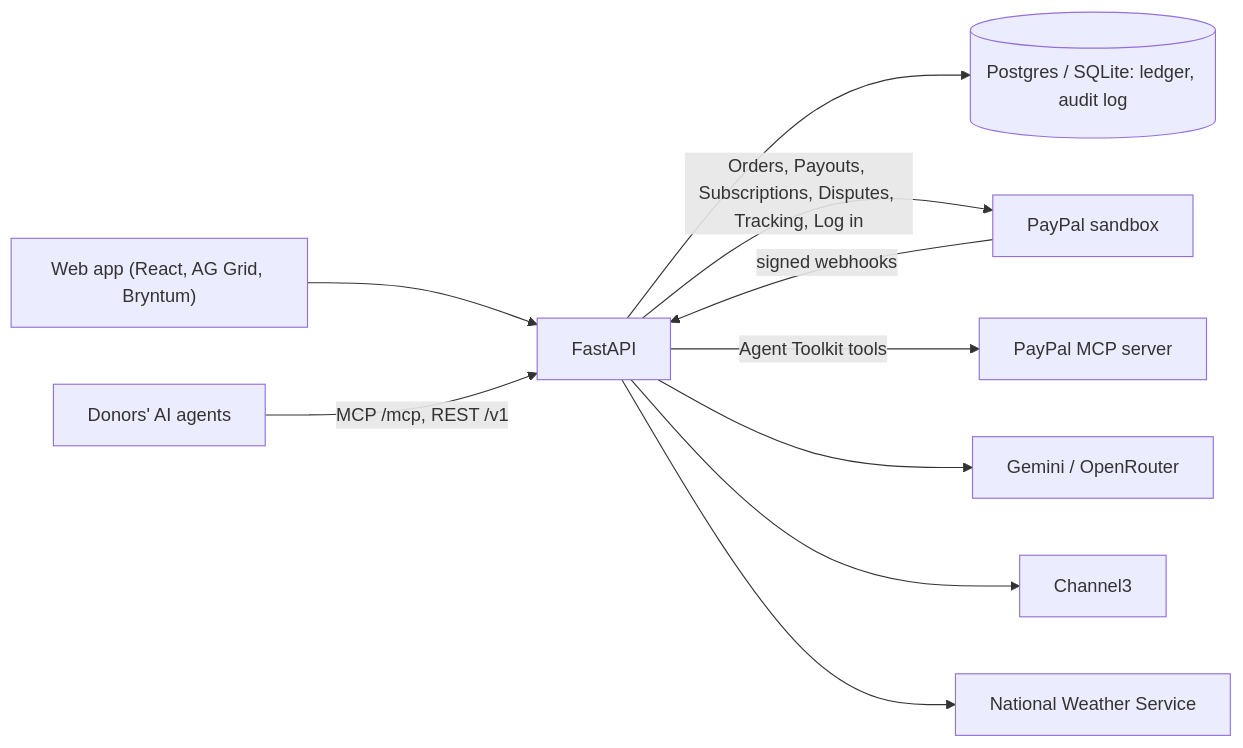
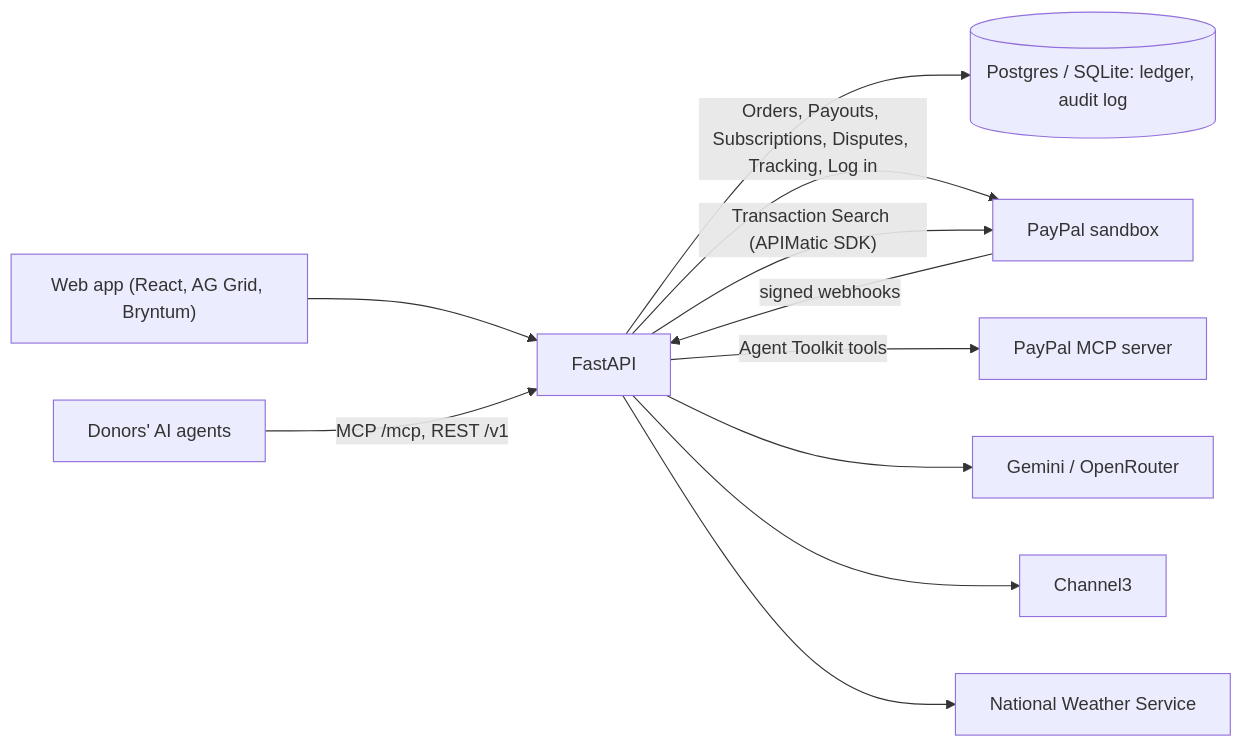
The diagram in README.md (AnshulPatil2005/hearthline), drawn with Mermaid before and after one commit. The commit also changed other lines of this file and 25 other files, not shown here.

First line of the commit message:
Books and PayPal: reconcile the ledger with Transaction Search, built with APIMatic's PayPal Context Plugin

````diff
--- a/README.md
+++ b/README.md
@@ -181,12 +204,13 @@
 ```mermaid
 flowchart LR
   web["Web app (React, AG Grid, Bryntum)"] --> api["FastAPI"]
   agent["Donors' AI agents"] -- "MCP /mcp, REST /v1" --> api
   api --> db[("Postgres / SQLite: ledger, audit log")]
   api -- "Orders, Payouts, Subscriptions, Disputes, Tracking, Log in" --> paypal["PayPal sandbox"]
   paypal -- "signed webhooks" --> api
   api -- "Agent Toolkit tools" --> mcp["PayPal MCP server"]
+  api -- "Transaction Search (APIMatic SDK)" --> paypal
   api --> ai["Gemini / OpenRouter"]
   api --> c3["Channel3"]
   api --> nws["National Weather Service"]
 ```
````
